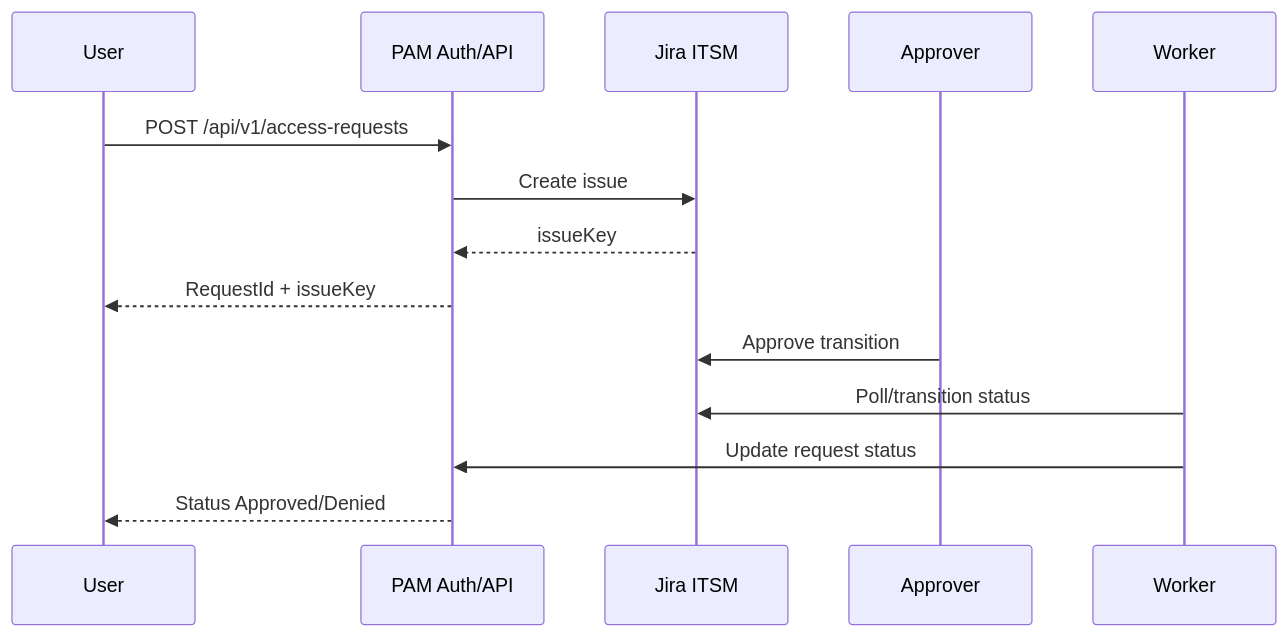
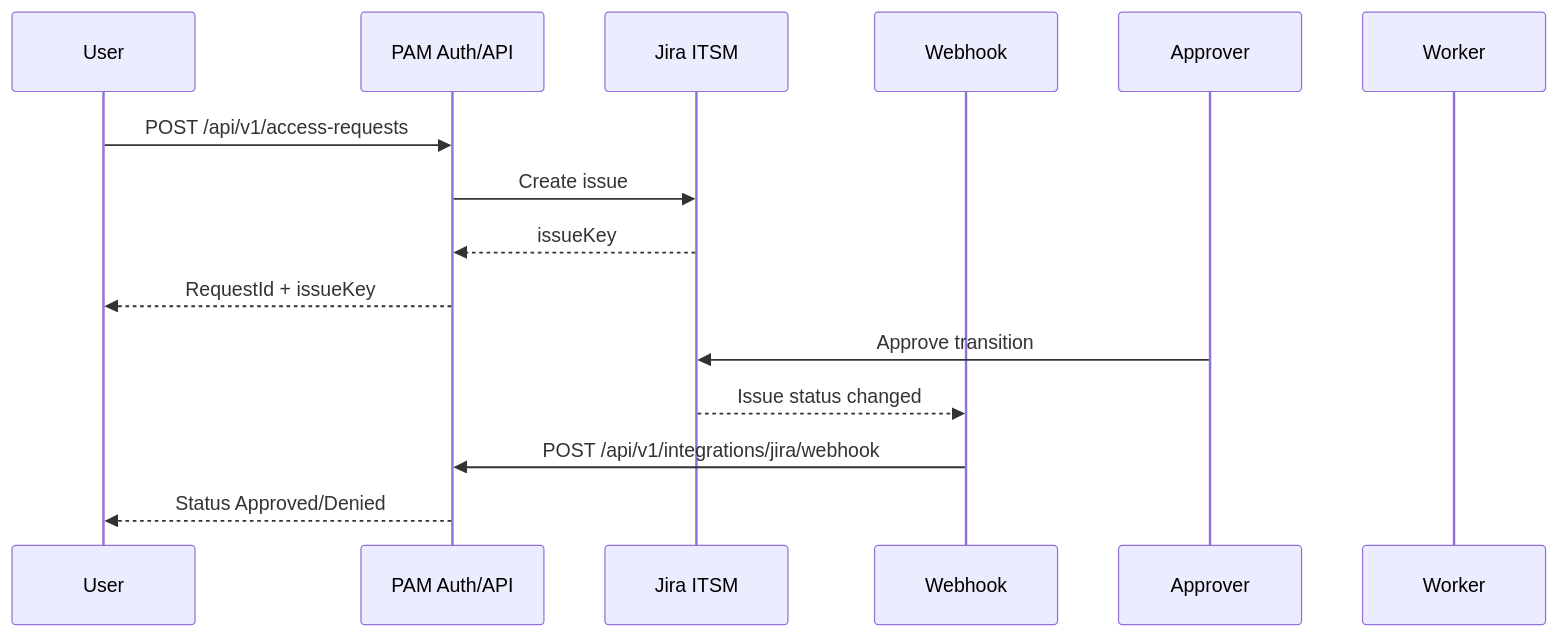
The second of 2 diagrams in docs/sld.md (qmish/pam-gateway), drawn with Mermaid before and after one commit. The commit also changed other lines of this file and 2 other files, not shown here.

First line of the commit message:
﻿Update checklists and architecture docs.

````diff
--- a/docs/sld.md
+++ b/docs/sld.md
@@ -64,16 +73,17 @@
 ```mermaid
 sequenceDiagram
   participant User
   participant API as PAM Auth/API
   participant ITSM as Jira ITSM
+  participant Webhook
   participant Approver
   participant Worker
   User->>API: POST /api/v1/access-requests
   API->>ITSM: Create issue
   ITSM-->>API: issueKey
   API-->>User: RequestId + issueKey
   Approver->>ITSM: Approve transition
-  Worker->>ITSM: Poll/transition status
-  Worker->>API: Update request status
+  ITSM-->>Webhook: Issue status changed
+  Webhook->>API: POST /api/v1/integrations/jira/webhook
   API-->>User: Status Approved/Denied
 ```
````
